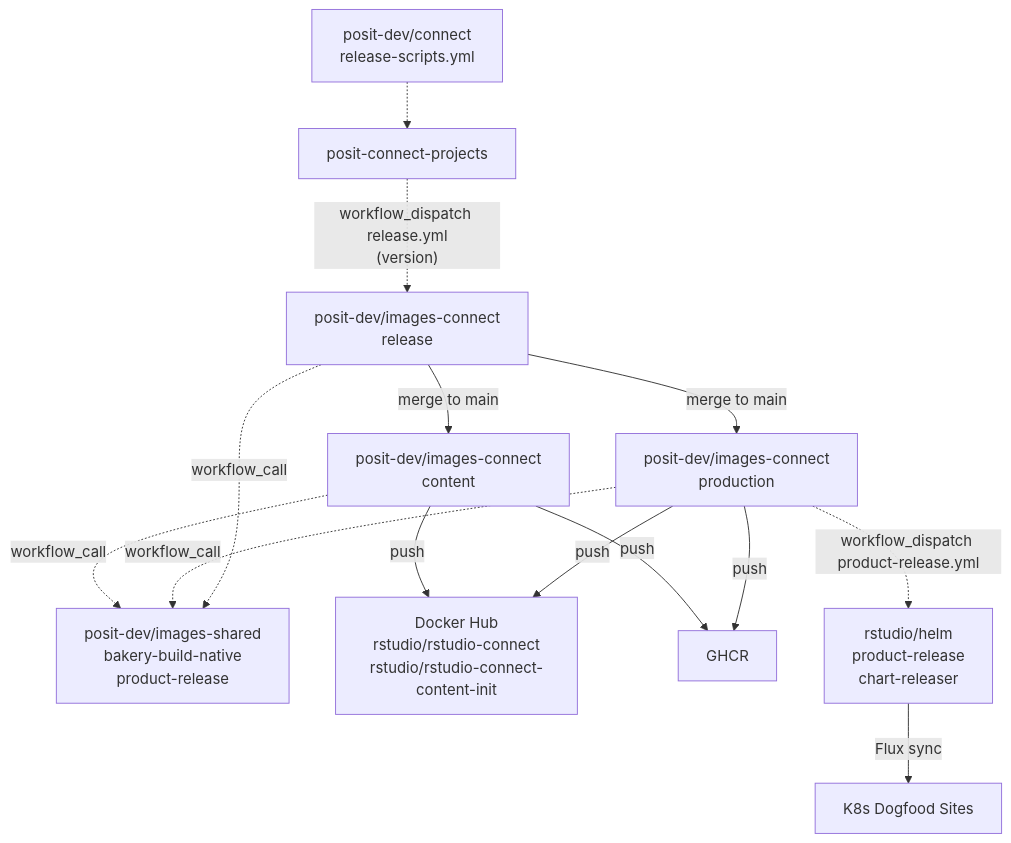
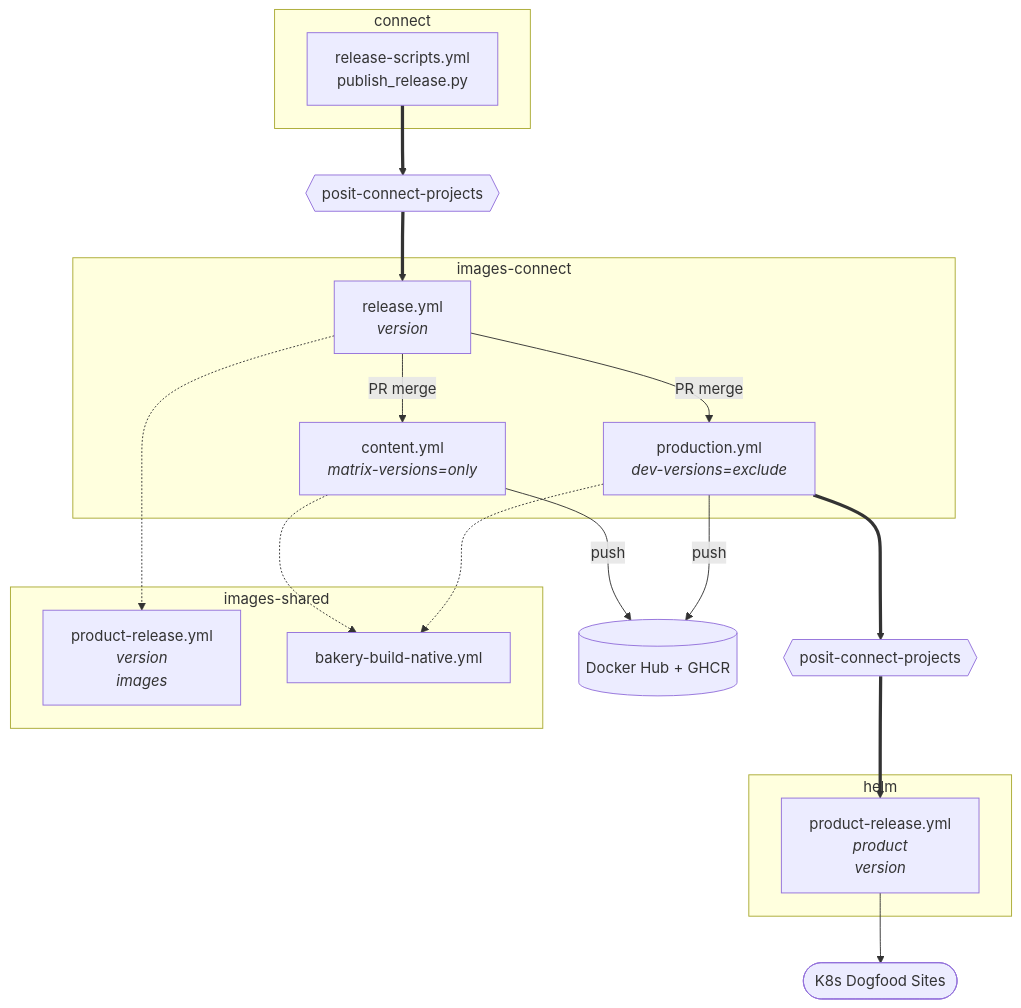
Before and after one commit to posit-dev/images-shared: the fourth of 9 diagrams in posit-bakery/docs/cross-repo-workflows.qmd, drawn with Mermaid. The commit also changed other lines of this file and 1 other file, not shown here.

First line of the commit message:
Update cross-repo workflow diagrams

````diff
--- a/posit-bakery/docs/cross-repo-workflows.qmd
+++ b/posit-bakery/docs/cross-repo-workflows.qmd
@@ -162,36 +145,49 @@
 ```{mermaid}
 %%| fig-cap: "Connect Production Flow"
 graph TD
-    PROD["posit-dev/connect<br/>release-scripts.yml"]
-    BOT["posit-connect-projects"]
+    subgraph connect
+        SCRIPTS["release-scripts.yml<br/>publish_release.py"]
+    end
 
-    PROD -.-> BOT
-    BOT -.->|"workflow_dispatch release.yml<br/>(version)"| IMG_RELEASE
+    SCRIPTS ==> APP_REL{{"posit-connect-projects"}}
+    APP_REL ==> REL
 
-    SHARED["posit-dev/images-shared<br/>bakery-build-native<br/>product-release"]
+    subgraph images-connect
+        REL["release.yml<br/><i>version</i>"]
+        PROD_WF["production.yml<br/><i>dev-versions=exclude</i>"]
+        CONTENT["content.yml<br/><i>matrix-versions=only</i>"]
+    end
 
-    IMG_RELEASE["posit-dev/images-connect<br/>release"]
-    IMG_PROD["posit-dev/images-connect<br/>production"]
-    IMG_CONTENT["posit-dev/images-connect<br/>content"]
+    REL -.-> PRODUCT_REL
 
-    IMG_RELEASE -.->|workflow_call| SHARED
-    IMG_PROD -.->|workflow_call| SHARED
-    IMG_CONTENT -.->|workflow_call| SHARED
+    subgraph images-shared
+        PRODUCT_REL["product-release.yml<br/><i>version</i><br/><i>images</i>"]
+        SHARED["bakery-build-native.yml"]
+    end
 
-    IMG_RELEASE -->|"merge to main"| IMG_PROD
-    IMG_RELEASE -->|"merge to main"| IMG_CONTENT
+    REL -->|"PR merge"| PROD_WF
+    REL -->|"PR merge"| CONTENT
 
-    IMG_PROD -->|push| DOCKERHUB
-    IMG_PROD -->|push| GHCR
-    IMG_CONTENT -->|push| DOCKERHUB
-    IMG_CONTENT -->|push| GHCR
+    PROD_WF -.-> SHARED
+    CONTENT -.-> SHARED
 
-    DOCKERHUB["Docker Hub<br/>rstudio/rstudio-connect<br/>rstudio/rstudio-connect-content-init"]
-    GHCR["GHCR"]
+    PROD_WF -->|push| REGISTRIES[("Docker Hub + GHCR")]
+    CONTENT -->|push| REGISTRIES
 
-    IMG_PROD -.->|"workflow_dispatch product-release.yml"| HELM
-    HELM["rstudio/helm<br/>product-release<br/>chart-releaser"]
-    HELM -->|Flux sync| K8S
+    PROD_WF ==> APP_HELM{{"posit-connect-projects"}}
+    APP_HELM ==> HELM_WF
 
-    K8S["K8s Dogfood Sites"]
+    subgraph helm
+        HELM_WF["product-release.yml<br/><i>product</i><br/><i>version</i>"]
+    end
+
+    HELM_WF --> K8S(["K8s Dogfood Sites"])
+
+    click SCRIPTS "https://github.com/posit-dev/connect/blob/main/.github/workflows/release-scripts.yml" _blank
+    click REL "https://github.com/posit-dev/images-connect/blob/main/.github/workflows/release.yml" _blank
+    click PROD_WF "https://github.com/posit-dev/images-connect/blob/main/.github/workflows/production.yml" _blank
+    click CONTENT "https://github.com/posit-dev/images-connect/blob/main/.github/workflows/content.yml" _blank
+    click PRODUCT_REL "https://github.com/posit-dev/images-shared/blob/main/.github/workflows/product-release.yml" _blank
+    click SHARED "https://github.com/posit-dev/images-shared/blob/main/.github/workflows/bakery-build-native.yml" _blank
+    click HELM_WF "https://github.com/rstudio/helm/blob/main/.github/workflows/product-release.yml" _blank
 ```
````
